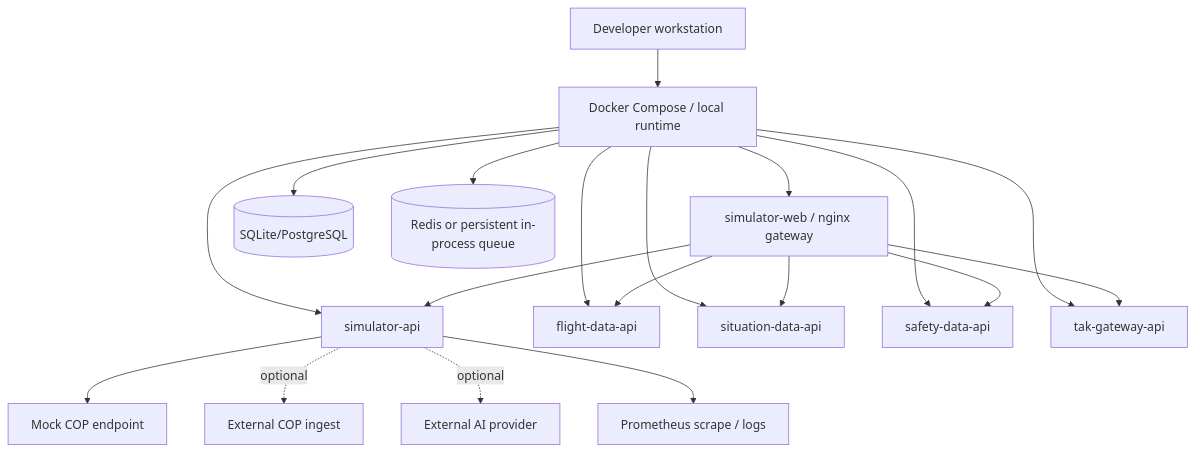
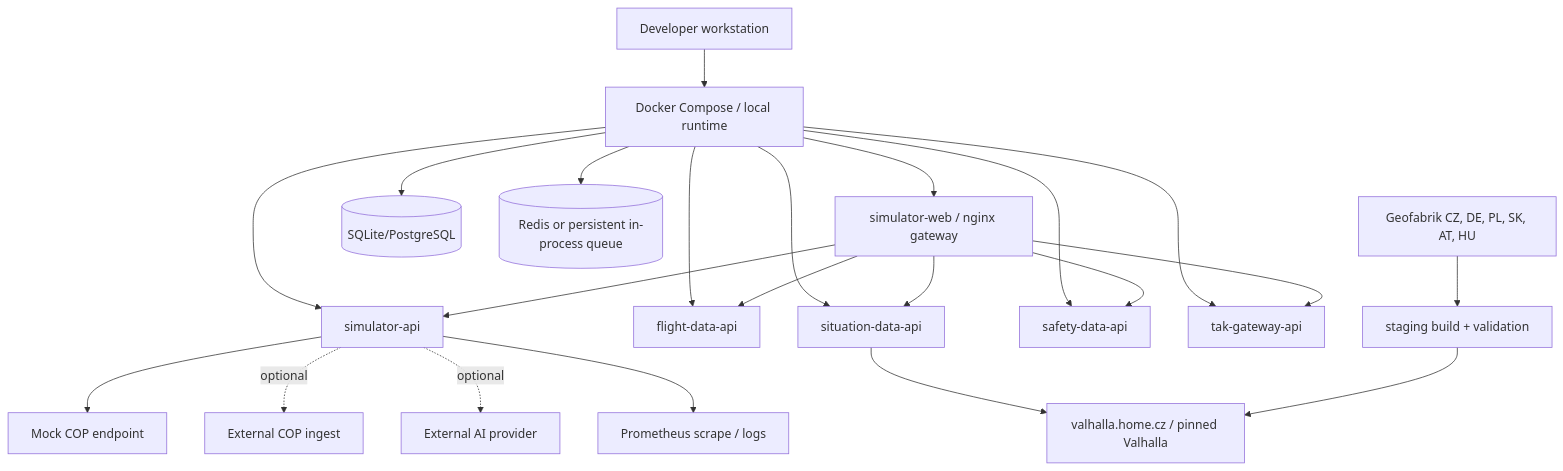
The diagram in docs/architecture/05_DEPLOYMENT_VIEW.md (voldzi/delta_acr_sim), drawn with Mermaid before and after one commit. The commit also changed other lines of this file and 38 other files, not shown here.

````diff
--- a/docs/architecture/05_DEPLOYMENT_VIEW.md
+++ b/docs/architecture/05_DEPLOYMENT_VIEW.md
@@ -5,21 +5,24 @@
 ```mermaid
 flowchart TB
     Dev["Developer workstation"] --> Compose["Docker Compose / local runtime"]
     Compose --> Web["simulator-web / nginx gateway"]
     Compose --> API["simulator-api"]
     Compose --> Flight["flight-data-api"]
     Compose --> Situation["situation-data-api"]
     Compose --> Safety["safety-data-api"]
     Compose --> TAK["tak-gateway-api"]
     Compose --> Store[("SQLite/PostgreSQL")]
     Compose --> Redis[("Redis or persistent in-process queue")]
     Web --> API
     Web --> Flight
     Web --> Situation
     Web --> Safety
     Web --> TAK
+    Situation --> Valhalla["valhalla.home.cz / pinned Valhalla"]
+    Geofabrik["Geofabrik CZ, DE, PL, SK, AT, HU"] --> ValhallaBuild["staging build + validation"]
+    ValhallaBuild --> Valhalla
     API --> MockCOP["Mock COP endpoint"]
     API -. optional .-> COP["External COP ingest"]
     API -. optional .-> AI["External AI provider"]
     API --> Metrics["Prometheus scrape / logs"]
 ```
````
